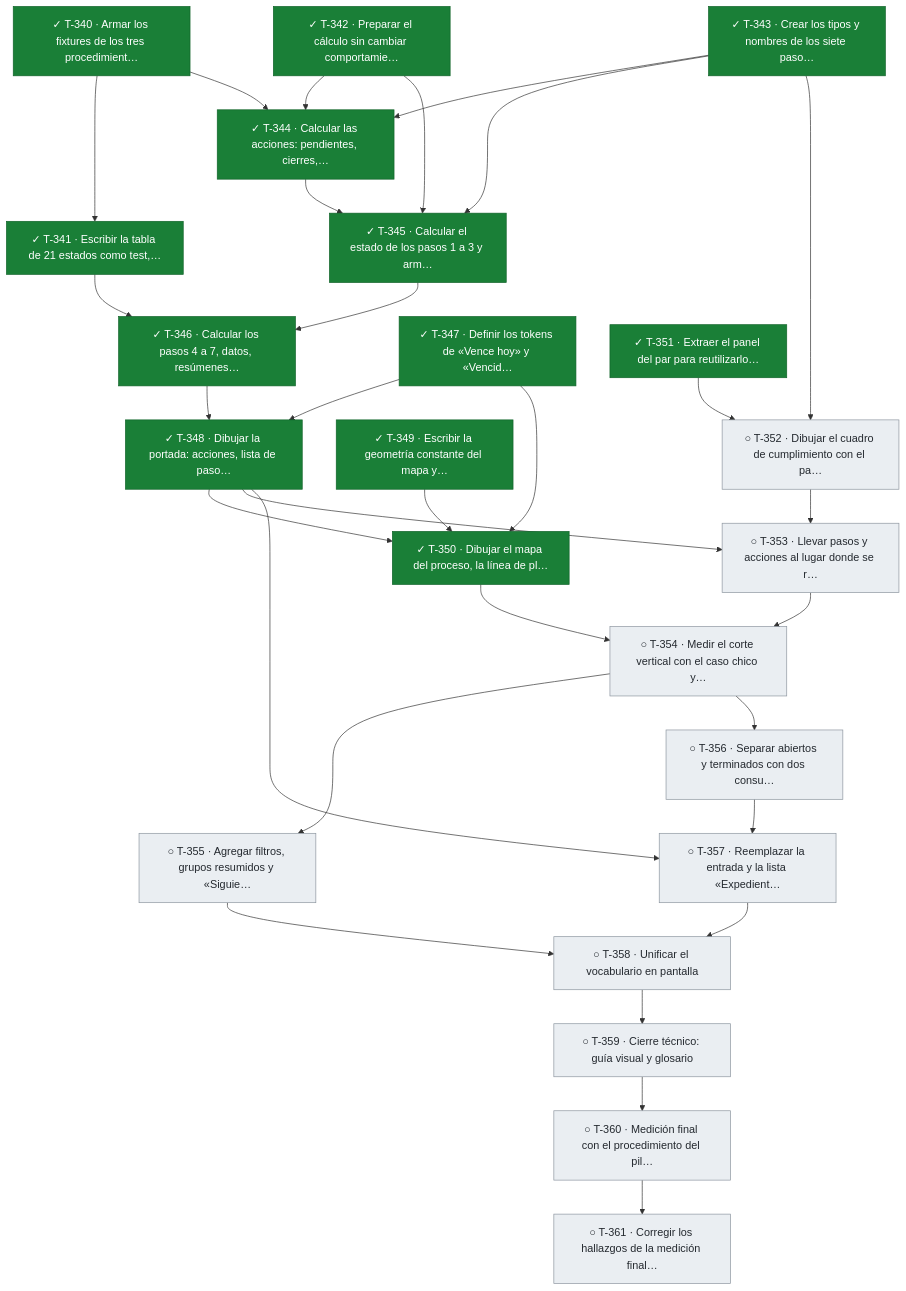
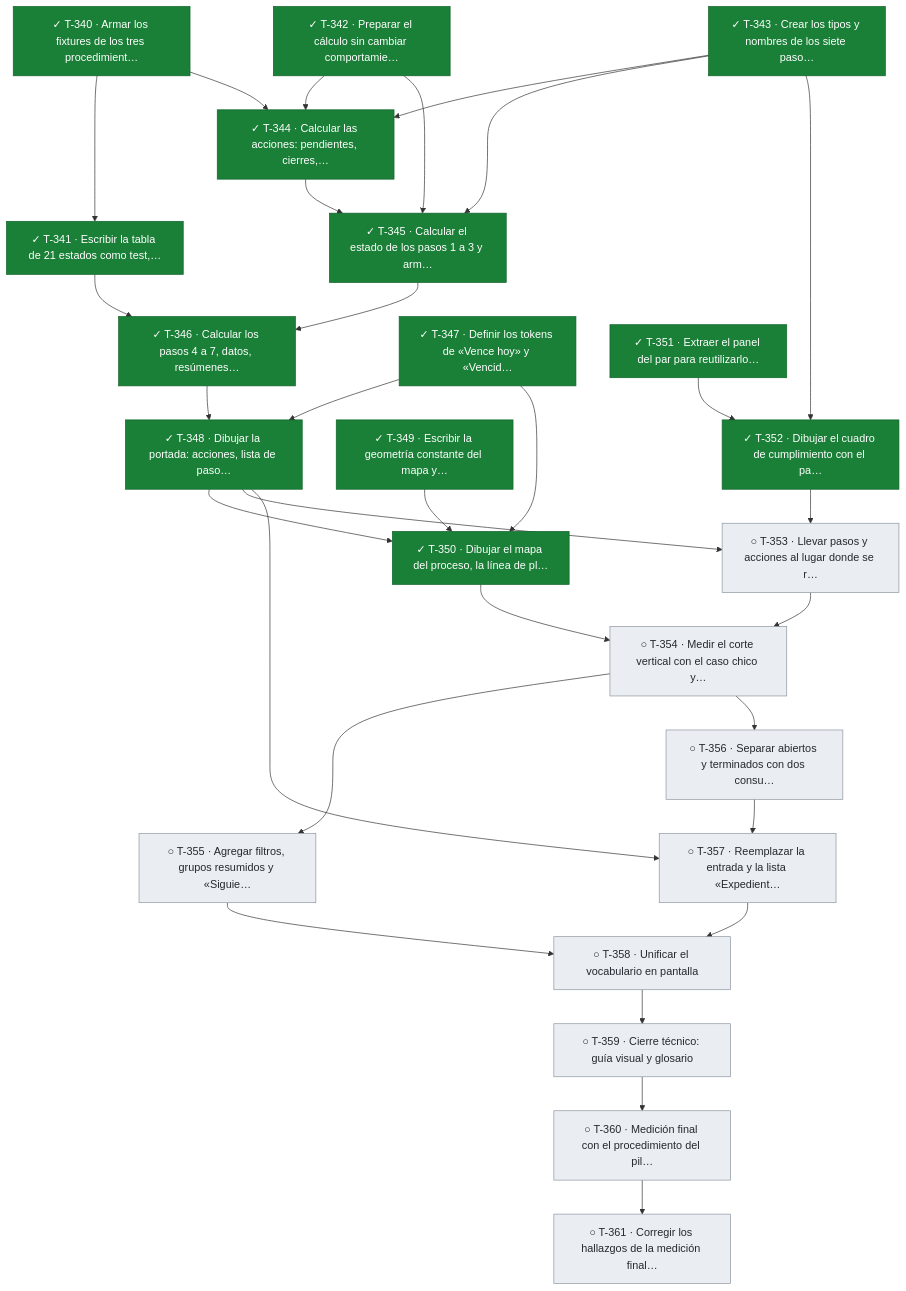
One commit to snavello/EVALUON changed diagram 25 of 25 in docs/tablero.md. Above: the diagram before and after it, drawn with Mermaid. The commit also changed other lines of this file and 1 other file, not shown here.

Commit message:
gestión: T-352 terminada (cuadro de cumplimiento con el panel lado a lado), avisos y tablero

````diff
--- a/docs/tablero.md
+++ b/docs/tablero.md
@@ -1922,59 +1922,59 @@
 ```mermaid
 flowchart TD
   T340["✓ T-340 · Armar los fixtures de los tres procedimient…"]:::done
   T341["✓ T-341 · Escribir la tabla de 21 estados como test,…"]:::done
   T342["✓ T-342 · Preparar el cálculo sin cambiar comportamie…"]:::done
   T343["✓ T-343 · Crear los tipos y nombres de los siete paso…"]:::done
   T344["✓ T-344 · Calcular las acciones: pendientes, cierres,…"]:::done
   T345["✓ T-345 · Calcular el estado de los pasos 1 a 3 y arm…"]:::done
   T346["✓ T-346 · Calcular los pasos 4 a 7, datos, resúmenes…"]:::done
   T347["✓ T-347 · Definir los tokens de «Vence hoy» y «Vencid…"]:::done
   T348["✓ T-348 · Dibujar la portada: acciones, lista de paso…"]:::done
   T349["✓ T-349 · Escribir la geometría constante del mapa y…"]:::done
   T350["✓ T-350 · Dibujar el mapa del proceso, la línea de pl…"]:::done
   T351["✓ T-351 · Extraer el panel del par para reutilizarlo…"]:::done
-  T352["○ T-352 · Dibujar el cuadro de cumplimiento con el pa…"]:::todo
+  T352["✓ T-352 · Dibujar el cuadro de cumplimiento con el pa…"]:::done
   T353["○ T-353 · Llevar pasos y acciones al lugar donde se r…"]:::todo
   T354["○ T-354 · Medir el corte vertical con el caso chico y…"]:::todo
   T355["○ T-355 · Agregar filtros, grupos resumidos y «Siguie…"]:::todo
   T356["○ T-356 · Separar abiertos y terminados con dos consu…"]:::todo
   T357["○ T-357 · Reemplazar la entrada y la lista «Expedient…"]:::todo
   T358["○ T-358 · Unificar el vocabulario en pantalla"]:::todo
   T359["○ T-359 · Cierre técnico: guía visual y glosario"]:::todo
   T360["○ T-360 · Medición final con el procedimiento del pil…"]:::todo
   T361["○ T-361 · Corregir los hallazgos de la medición final…"]:::todo
   T340 --> T341
   T340 --> T344
   T342 --> T344
   T343 --> T344
   T342 --> T345
   T343 --> T345
   T344 --> T345
   T341 --> T346
   T345 --> T346
   T346 --> T348
   T347 --> T348
   T347 --> T350
   T348 --> T350
   T349 --> T350
   T343 --> T352
   T351 --> T352
   T348 --> T353
   T352 --> T353
   T350 --> T354
   T353 --> T354
   T354 --> T355
   T354 --> T356
   T348 --> T357
   T356 --> T357
   T355 --> T358
   T357 --> T358
   T358 --> T359
   T359 --> T360
   T360 --> T361
   classDef done fill:#1a7f37,stroke:#116329,color:#ffffff
   classDef review fill:#0969da,stroke:#0550ae,color:#ffffff
   classDef active fill:#bf8700,stroke:#7d4e00,color:#ffffff
   classDef blocked fill:#cf222e,stroke:#a40e26,color:#ffffff
   classDef todo fill:#eaeef2,stroke:#8c959f,color:#24292f
 ```
````
